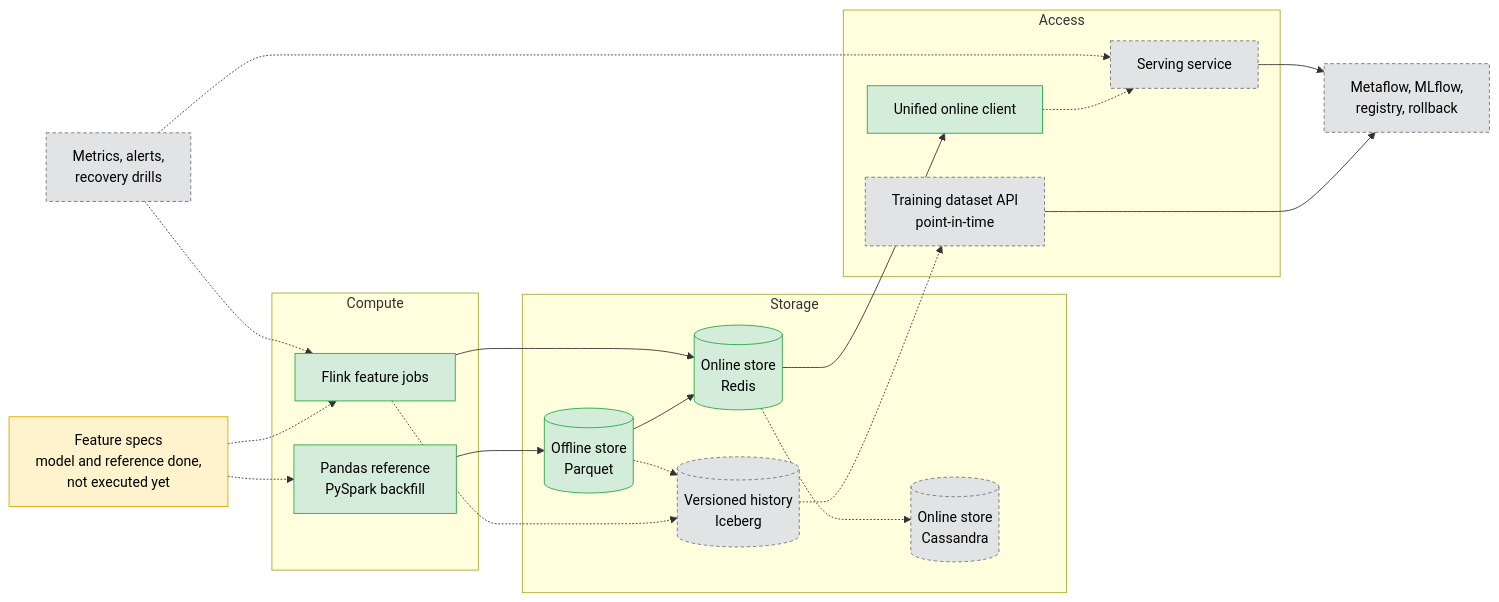
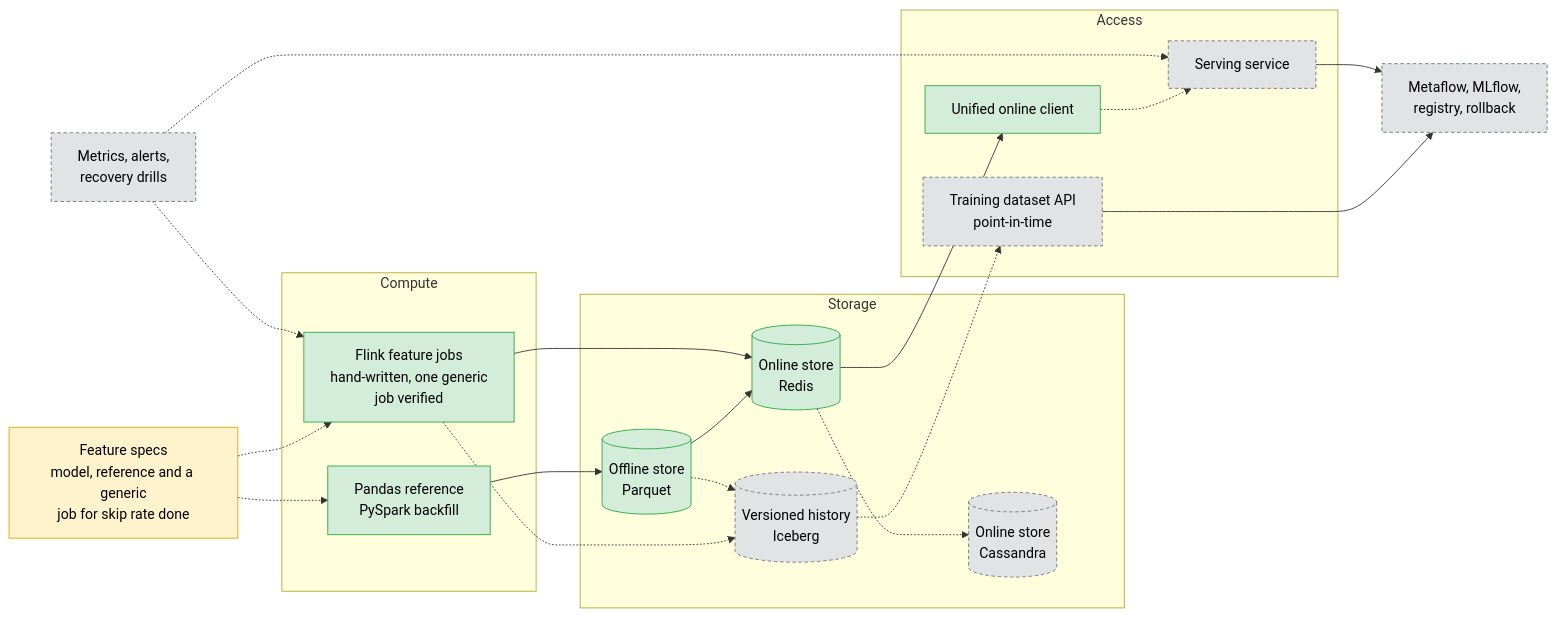
One commit to oster-dev/featureforge changed the first of 4 diagrams in docs/PLATFORM_BLUEPRINT.md. Above: the diagram before and after it, drawn with Mermaid. The commit also changed other lines of this file and 4 other files, not shown here.

Commit message:
docs: update README, ARCHITECTURE, CONTRIBUTING, blueprint and demo with the spec engine

````diff
--- a/docs/PLATFORM_BLUEPRINT.md
+++ b/docs/PLATFORM_BLUEPRINT.md
@@ -41,40 +42,40 @@
 ```mermaid
 flowchart LR
-    SPEC[Feature specs<br/>model and reference done,<br/>not executed yet]:::wip
+    SPEC["Feature specs<br/>model, reference and a generic<br/>job for skip rate done"]:::wip
 
     subgraph Compute
         BATCH[Pandas reference<br/>PySpark backfill]:::done
-        STREAM[Flink feature jobs]:::done
+        STREAM[Flink feature jobs<br/>hand-written, one generic<br/>job verified]:::done
     end
 
     subgraph Storage
         OFF[(Offline store<br/>Parquet)]:::done
         HIST[(Versioned history<br/>Iceberg)]:::plan
         ON[(Online store<br/>Redis)]:::done
         ON2[(Online store<br/>Cassandra)]:::plan
     end
 
     subgraph Access
         CLIENT[Unified online client]:::done
         DATASET[Training dataset API<br/>point-in-time]:::plan
         SERVICE[Serving service]:::plan
     end
 
     ML[Metaflow, MLflow,<br/>registry, rollback]:::plan
     OBS[Metrics, alerts,<br/>recovery drills]:::plan
 
     SPEC -.-> BATCH & STREAM
     BATCH --> OFF --> ON
     STREAM --> ON
     STREAM -.-> HIST
     OFF -.-> HIST
     ON --> CLIENT
     ON -.-> ON2
     HIST -.-> DATASET --> ML
     CLIENT -.-> SERVICE --> ML
     OBS -.-> STREAM & SERVICE
 
     classDef done fill:#d4edda,stroke:#28a745,color:#000
     classDef wip fill:#fff3cd,stroke:#e0a800,color:#000
     classDef plan fill:#e2e3e5,stroke:#6c757d,color:#000,stroke-dasharray: 4 3
 ```
````
